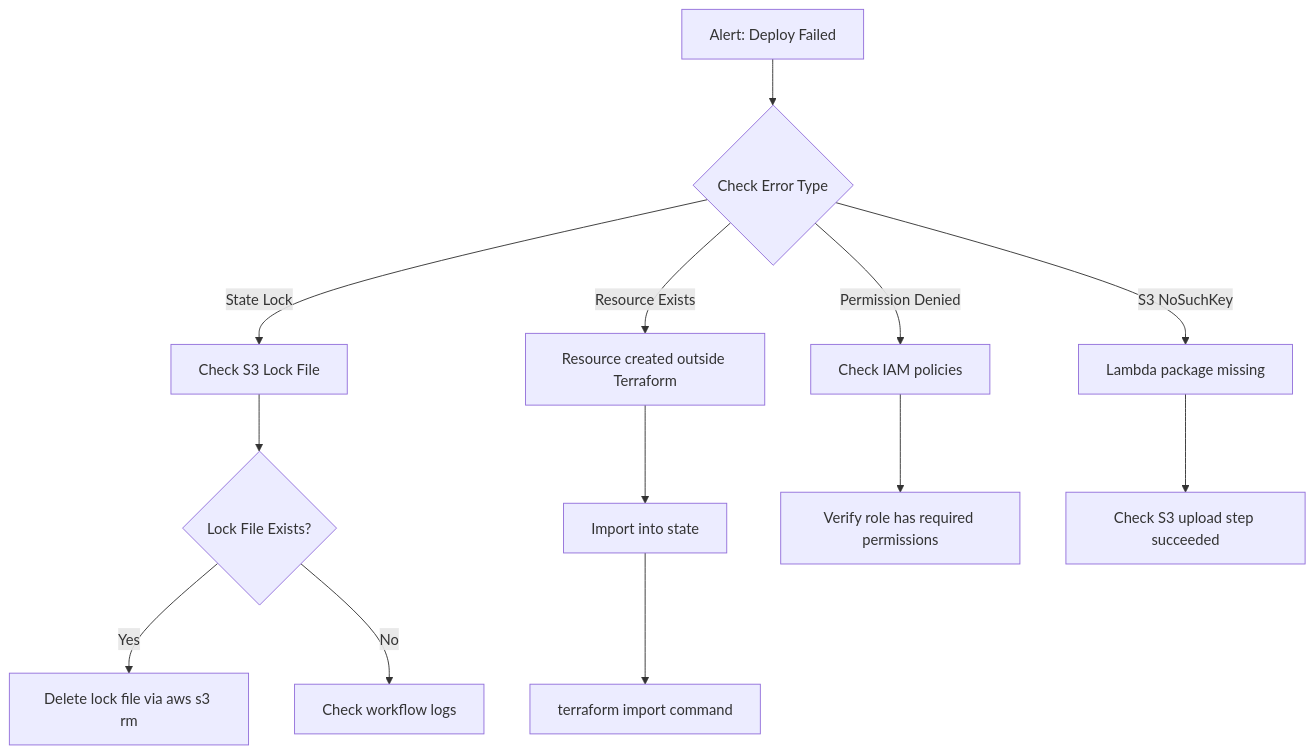
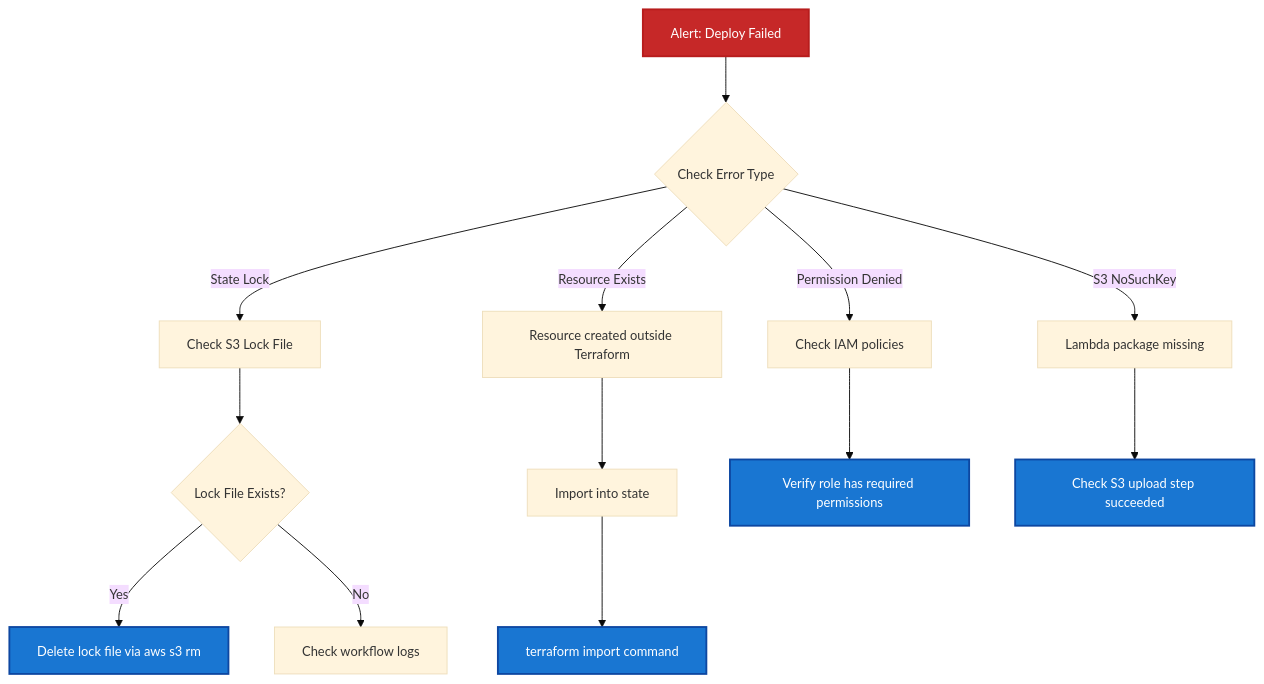
The fifth of 9 diagrams in docs/TERRAFORM_DEPLOYMENT_FLOW.md (traylorre/sentiment-analyzer-gsk), drawn with Mermaid before and after one commit. The commit also changed other lines of this file and 1 other file, not shown here.

First line of the commit message:
docs: Improve mermaid diagram accessibility and color contrast

````diff
--- a/docs/TERRAFORM_DEPLOYMENT_FLOW.md
+++ b/docs/TERRAFORM_DEPLOYMENT_FLOW.md
@@ -155,19 +182,26 @@
 ```mermaid
+%%{init: {'theme':'base', 'themeVariables': {'fontSize':'14px'}}}%%
 flowchart TB
     A[Alert: Deploy Failed] --> B{Check Error Type}
 
     B -->|State Lock| C[Check S3 Lock File]
     C --> D{Lock File Exists?}
     D -->|Yes| E[Delete lock file via aws s3 rm]
     D -->|No| F[Check workflow logs]
 
     B -->|Resource Exists| G[Resource created outside Terraform]
     G --> H[Import into state]
     H --> I[terraform import command]
 
     B -->|Permission Denied| J[Check IAM policies]
     J --> K[Verify role has required permissions]
 
     B -->|S3 NoSuchKey| L[Lambda package missing]
     L --> M[Check S3 upload step succeeded]
+
+    classDef alertNode fill:#c62828,stroke:#b71c1c,stroke-width:2px,color:#fff
+    classDef actionNode fill:#1976d2,stroke:#0d47a1,stroke-width:2px,color:#fff
+
+    class A alertNode
+    class E,I,K,M actionNode
 ```
````
